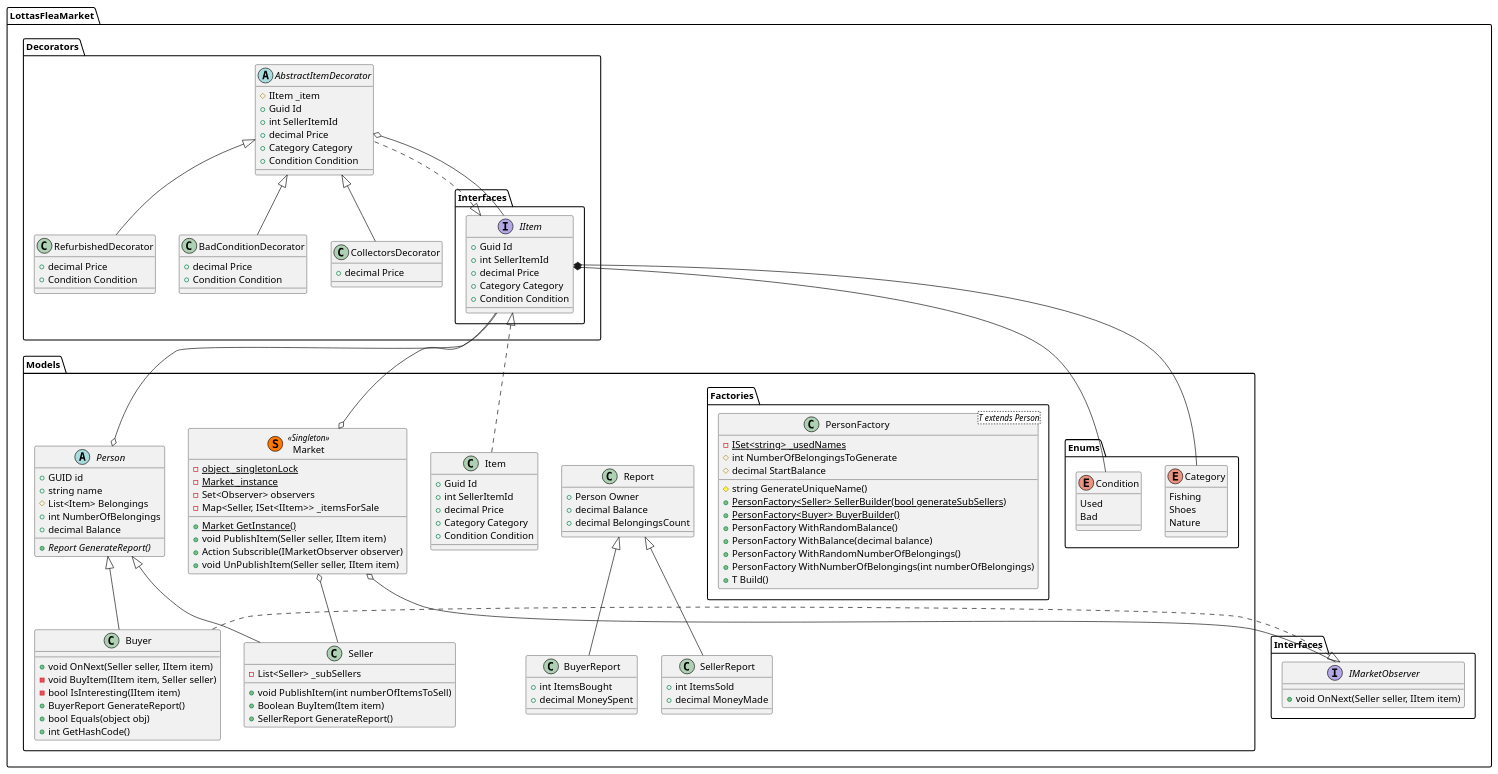
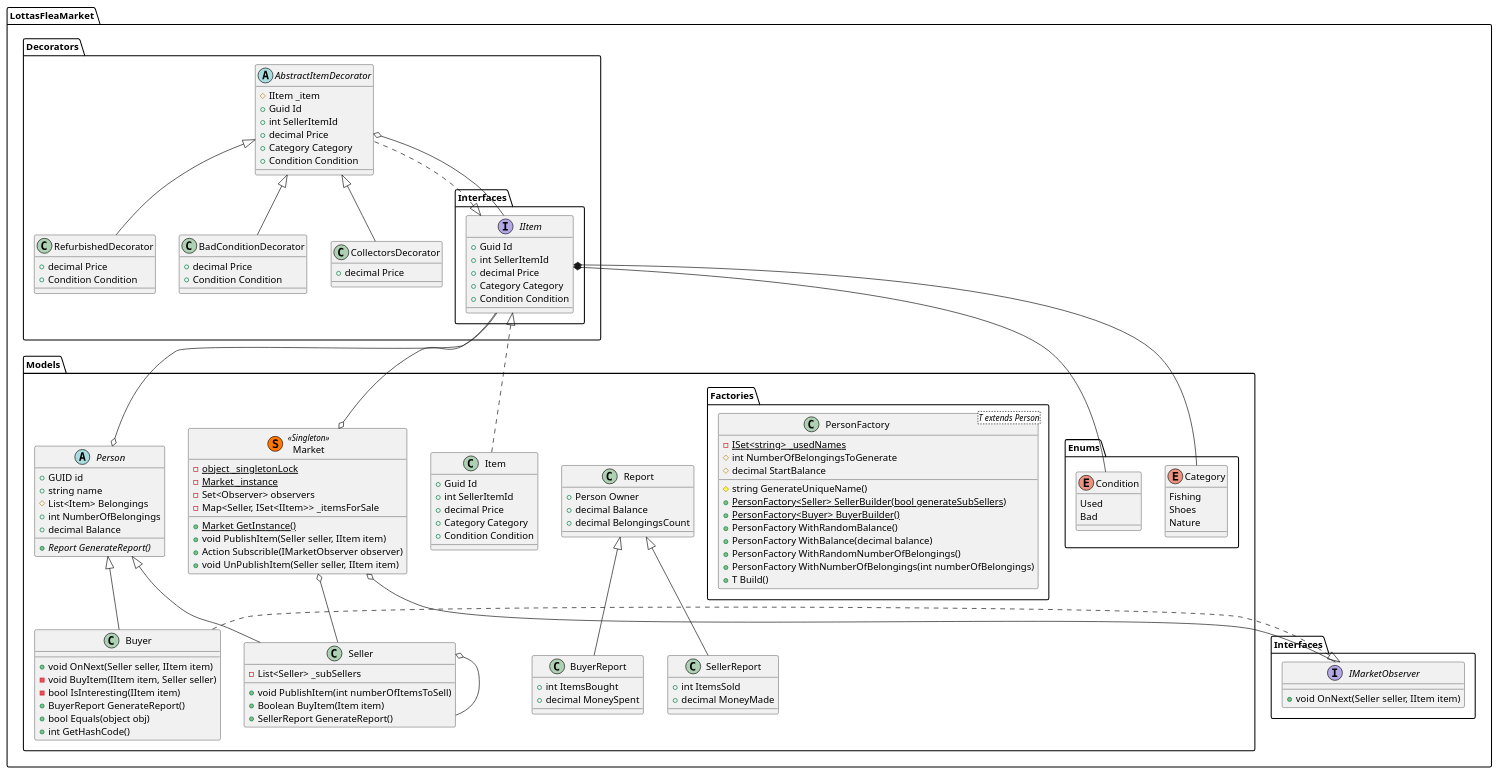
The diagram in Docs/ClassDiagram.puml (asmadsen/LottasFleaMarket), drawn with PlantUML before and after one commit. The commit also changed 2 other files, not shown here.

```diff
--- a/Docs/ClassDiagram.puml
+++ b/Docs/ClassDiagram.puml
@@ -1,148 +1,150 @@
 @startuml
 namespace LottasFleaMarket {
     namespace Decorators {
         namespace Interfaces {
             interface IItem {
                  +Guid Id
                  +int SellerItemId
                  +decimal Price
                  +Category Category
                  +Condition Condition
              }
          }
          
          abstract class AbstractItemDecorator implements LottasFleaMarket.Decorators.Interfaces.IItem {
              #IItem _item
              +Guid Id
              +int SellerItemId
              +decimal Price
              +Category Category
              +Condition Condition
          }
          
          class BadConditionDecorator extends AbstractItemDecorator {
              +decimal Price
              +Condition Condition
          }
          
          class CollectorsDecorator extends AbstractItemDecorator {
              +decimal Price
          }
          
          class RefurbishedDecorator extends AbstractItemDecorator {
              +decimal Price
              +Condition Condition
          }
          
          AbstractItemDecorator o-- LottasFleaMarket.Decorators.Interfaces.IItem
     }
 
     namespace Interfaces {
         interface IMarketObserver {
             +void OnNext(Seller seller, IItem item)
         }
     }
     
     namespace Models {
         namespace Enums {
             enum Category {
                 Fishing
                 Shoes
                 Nature
             }
             
             enum Condition {
                 Used
                 Bad
             }
             
             LottasFleaMarket.Decorators.Interfaces.IItem *-- Condition
             LottasFleaMarket.Decorators.Interfaces.IItem *-- Category
         }
         
         namespace Factories {
             class PersonFactory<T extends Person> {
                 -{static} ISet<string> _usedNames
                 #string GenerateUniqueName()
                 #int NumberOfBelongingsToGenerate
                 #decimal StartBalance
                 +{static} PersonFactory<Seller> SellerBuilder(bool generateSubSellers)
                 +{static} PersonFactory<Buyer> BuyerBuilder()
                 +PersonFactory WithRandomBalance()
                 +PersonFactory WithBalance(decimal balance)
                 +PersonFactory WithRandomNumberOfBelongings()
                 +PersonFactory WithNumberOfBelongings(int numberOfBelongings)
                 +T Build()
             }
         }
         
         class Report {
             +Person Owner
             +decimal Balance
             +decimal BelongingsCount
         }
         
         class BuyerReport extends Report {
             +int ItemsBought
             +decimal MoneySpent
         }
         
         class SellerReport extends Report {
             +int ItemsSold
             +decimal MoneyMade
         }
         
         abstract class Person {
             +GUID id
             +string name
             #List<Item> Belongings
             +int NumberOfBelongings
             +decimal Balance
             +{abstract} Report GenerateReport()
         }
         
         class Buyer extends Person implements LottasFleaMarket.Interfaces.IMarketObserver {
             +void OnNext(Seller seller, IItem item)
             -void BuyItem(IItem item, Seller seller)
             -bool IsInteresting(IItem item)
             +BuyerReport GenerateReport()
             +bool Equals(object obj)
             +int GetHashCode()
         }
         
         class Seller extends Person {
             -List<Seller> _subSellers
             +void PublishItem(int numberOfItemsToSell)
             +Boolean BuyItem(Item item)
             +SellerReport GenerateReport()
         }
         
         class Item implements LottasFleaMarket.Decorators.Interfaces.IItem {
              +Guid Id
              +int SellerItemId
              +decimal Price
              +Category Category
              +Condition Condition
         }
         
         
         class Market << (S,#FF7700) Singleton>> {
             -{static} object _singletonLock
             -{static} Market _instance
             -Set<Observer> observers
             -Map<Seller, ISet<IItem>> _itemsForSale
             +{static} Market GetInstance()
             +void PublishItem(Seller seller, IItem item)
             +Action Subscrible(IMarketObserver observer)
             +void UnPublishItem(Seller seller, IItem item)
         }
         
-        Person o-- LottasFleaMarket.Decorators.Interfaces.IItem 
+        Person o-- LottasFleaMarket.Decorators.Interfaces.IItem
+         
+        Seller o-- Seller
         
         Market o-- Seller
         Market o-- LottasFleaMarket.Decorators.Interfaces.IItem 
         Market o-- LottasFleaMarket.Interfaces.IMarketObserver   
     }
 }
 
 @enduml
```
